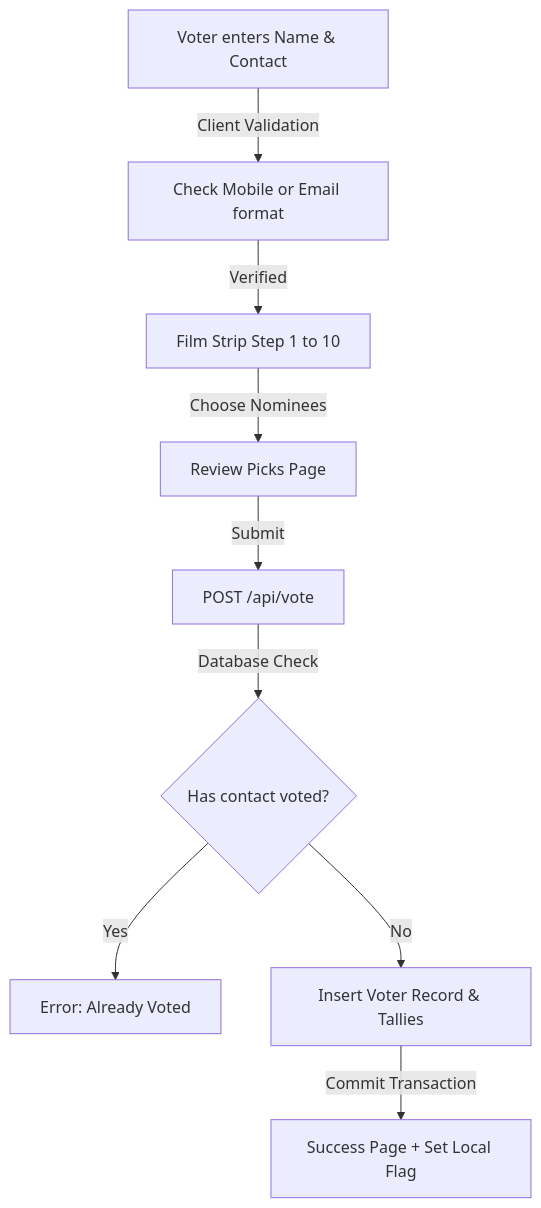
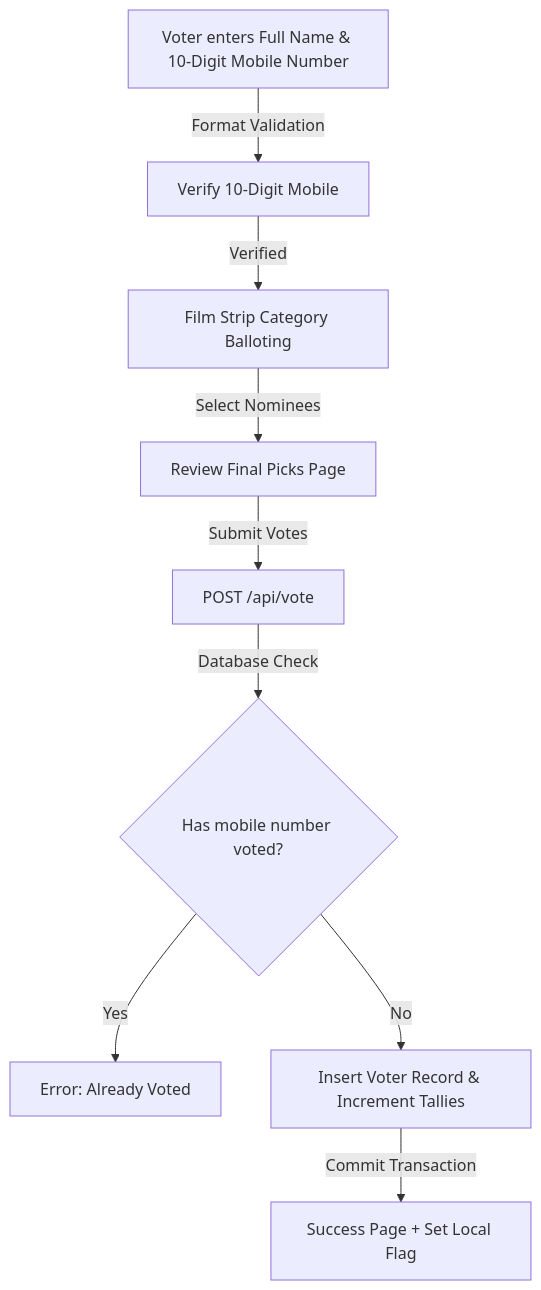
One commit to Gautamgiri798/PRATHIBA-SEASON-2- changed the diagram in README.md. Above: the diagram before and after it, drawn with Mermaid. The commit also changed other lines of this file, not shown here.

````diff
--- a/README.md
+++ b/README.md
@@ -65,11 +68,11 @@
 ```mermaid
 graph TD
-    A[Voter enters Name & Contact] -->|Client Validation| B[Check Mobile or Email format]
-    B -->|Verified| C[Film Strip Step 1 to 10]
-    C -->|Choose Nominees| D[Review Picks Page]
-    D -->|Submit| E[POST /api/vote]
-    E -->|Database Check| F{Has contact voted?}
+    A[Voter enters Full Name & 10-Digit Mobile Number] -->|Format Validation| B[Verify 10-Digit Mobile]
+    B -->|Verified| C[Film Strip Category Balloting]
+    C -->|Select Nominees| D[Review Final Picks Page]
+    D -->|Submit Votes| E[POST /api/vote]
+    E -->|Database Check| F{Has mobile number voted?}
     F -->|Yes| G[Error: Already Voted]
-    F -->|No| H[Insert Voter Record & Tallies]
+    F -->|No| H[Insert Voter Record & Increment Tallies]
     H -->|Commit Transaction| I[Success Page + Set Local Flag]
 ```
````
